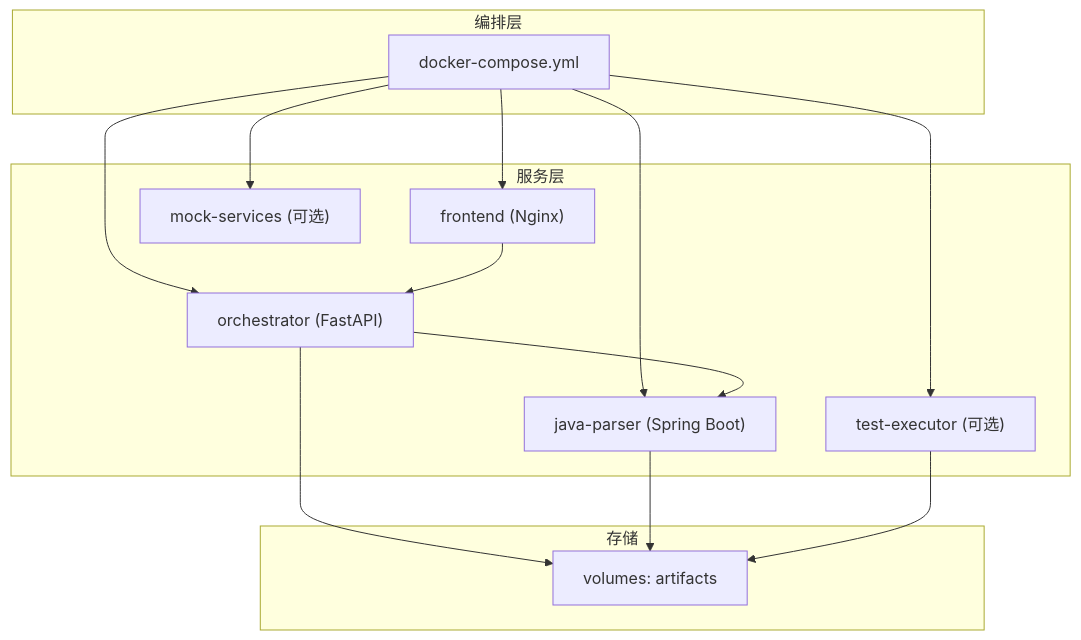
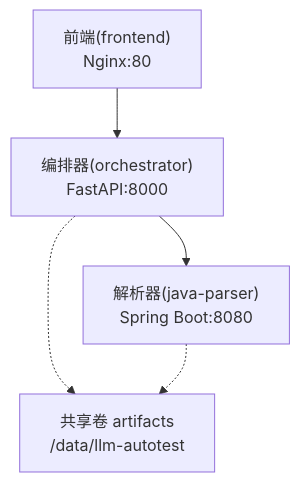
The first of 5 diagrams in .qoder/repowiki/zh/content/部署运维/部署运维.md (Joeyzheng001/LLM-AutoTest), drawn with Mermaid before and after one commit. The commit also changed other lines of this file and 186 other files, not shown here.

````diff
--- a/.qoder/repowiki/zh/content/部署运维/部署运维.md
+++ b/.qoder/repowiki/zh/content/部署运维/部署运维.md
@@ -42,26 +40,7 @@
 ```mermaid
 graph TB
-subgraph "编排层"
-DC["docker-compose.yml"]
-end
-subgraph "服务层"
-ORCH["orchestrator (FastAPI)"]
-JP["java-parser (Spring Boot)"]
-FE["frontend (Nginx)"]
-EX["test-executor (可选)"]
-MOCK["mock-services (可选)"]
-end
-subgraph "存储"
-V["volumes: artifacts"]
-end
-DC --> ORCH
-DC --> JP
-DC --> FE
-DC --> EX
-DC --> MOCK
-ORCH --> JP
-FE --> ORCH
-ORCH --> V
-JP --> V
-EX --> V
+FE["前端(frontend)<br/>Nginx:80"] --> ORCH["编排器(orchestrator)<br/>FastAPI:8000"]
+ORCH --> JP["解析器(java-parser)<br/>Spring Boot:8080"]
+ORCH -.-> ART["共享卷 artifacts<br/>/data/llm-autotest"]
+JP -.-> ART
 ```
````
